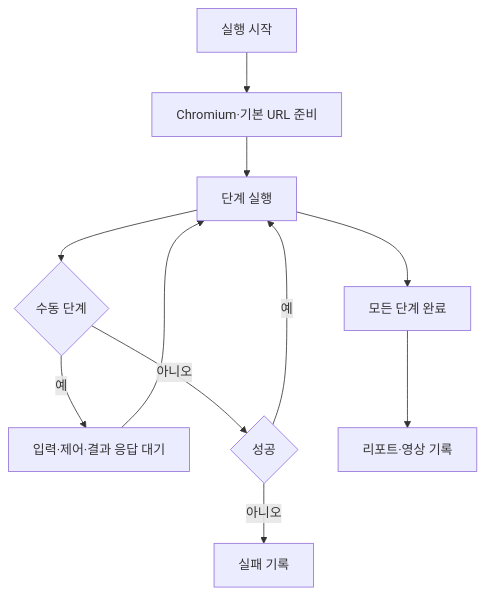
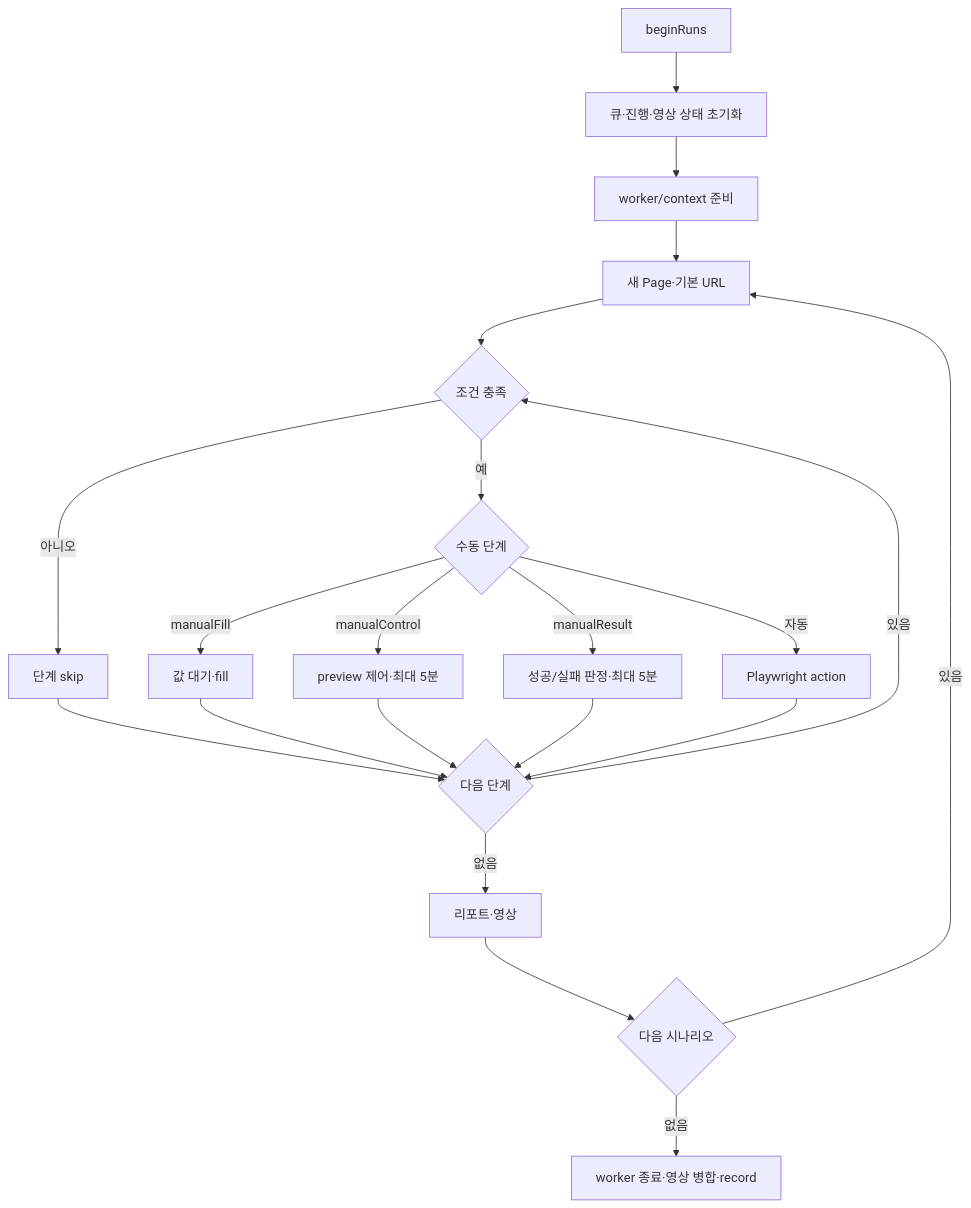
The diagram in docs/04-pages/040-scenario-run/02-userflow.md (ph-1dnjs/checkly), drawn with Mermaid before and after one commit. The commit also changed other lines of this file and 35 other files, not shown here.

Commit message:
docs: 시나리오 실행 및 설정 관련 문서 구조 개선 - IPC 변경사항과 명령어·이벤트 구조를 반영하여 API 연동 문서 수정 - 시나리오 실행 및 설정 관련 예외 케이스 문서 보완 - 설정 기능의 개요 및 사용자 플로우 문서 추가 - 여러 영역의 README 구조와 가독성 개선 - 함수 및 컴포넌트의 역할과 데이터 흐름이 명확하도록 문서 정리 - 배포 절차를 구체화하고 미검증 프로세스에 대한 주의사항 추가

````diff
--- a/docs/04-pages/040-scenario-run/02-userflow.md
+++ b/docs/04-pages/040-scenario-run/02-userflow.md
@@ -3,13 +3,23 @@
 ```mermaid
 flowchart TD
-  A[실행 시작] --> B[Chromium·기본 URL 준비]
-  B --> C[단계 실행]
-  C --> D{수동 단계}
-  D -->|예| E[입력·제어·결과 응답 대기]
-  E --> C
-  D -->|아니오| F{성공}
-  F -->|예| C
-  F -->|아니오| G[실패 기록]
-  C --> H[모든 단계 완료]
-  H --> I[리포트·영상 기록]
+  A[beginRuns] --> B[큐·진행·영상 상태 초기화]
+  B --> C[worker/context 준비]
+  C --> D[새 Page·기본 URL]
+  D --> E{조건 충족}
+  E -->|아니오| F[단계 skip]
+  E -->|예| G{수동 단계}
+  G -->|manualFill| H[값 대기·fill]
+  G -->|manualControl| I[preview 제어·최대 5분]
+  G -->|manualResult| J[성공/실패 판정·최대 5분]
+  G -->|자동| K[Playwright action]
+  F --> L{다음 단계}
+  H --> L
+  I --> L
+  J --> L
+  K --> L
+  L -->|있음| E
+  L -->|없음| M[리포트·영상]
+  M --> N{다음 시나리오}
+  N -->|있음| D
+  N -->|없음| O[worker 종료·영상 병합·record]
 ```
````
